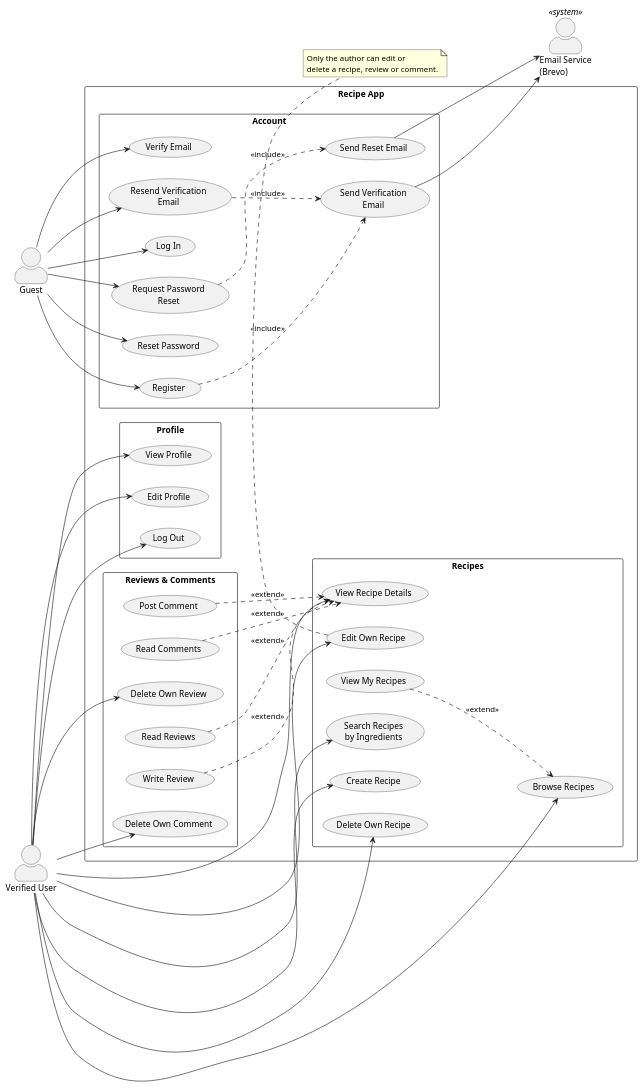
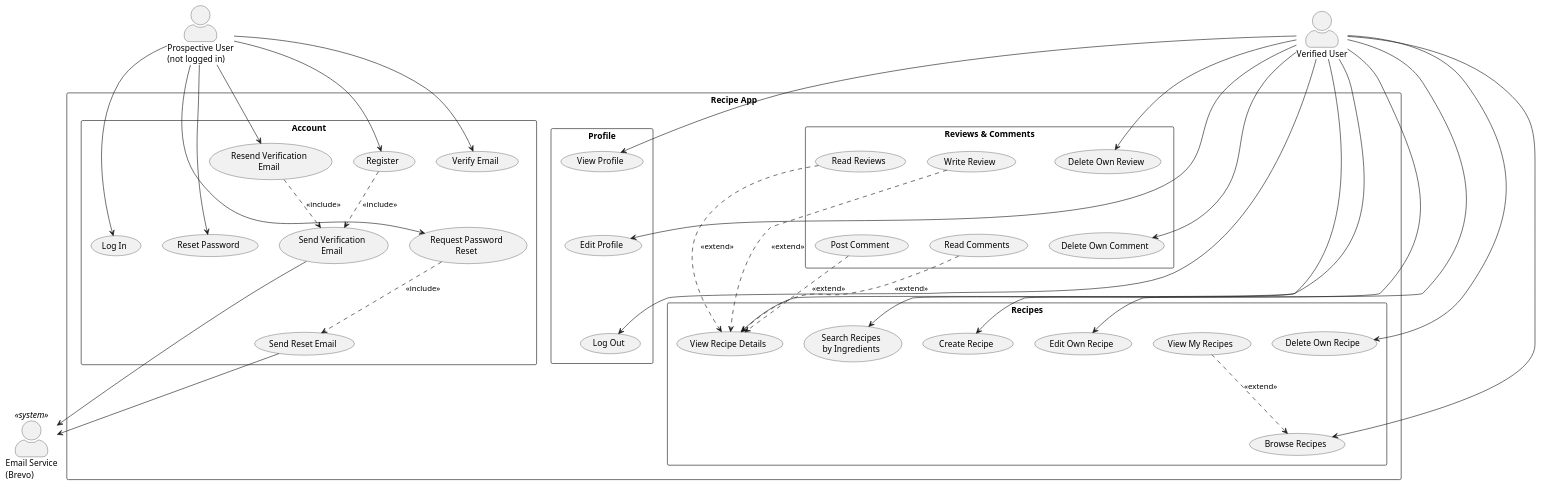
One commit to Social-Hangout/POOSD-large-project changed the diagram in docs/diagrams/use-case.puml. Above: the diagram before and after it, drawn with PlantUML. The commit also changed 2 other files, not shown here.

Commit message:
docs(diagrams): Add sequence and activity diagrams, widen use case diagram
- Add a two-page sequence diagram: sign up and verify email, then log in and search by ingredients
- Add an activity diagram for finding a recipe by ingredients and reviewing it, with the three sections side by side
- Rename the Guest actor to Prospective User (not logged in)
- Lay out the use case diagram horizontally and drop the author-only note so it fits a slide

```diff
--- a/docs/diagrams/use-case.puml
+++ b/docs/diagrams/use-case.puml
@@ -1,80 +1,85 @@
 @startuml use-case
-left to right direction
+top to bottom direction
 skinparam packageStyle rectangle
 skinparam actorStyle awesome
 
-actor Guest
+actor "Prospective User\n(not logged in)" as Guest
 actor "Verified User" as User
 actor "Email Service\n(Brevo)" as Mail <<system>>
 
 rectangle "Recipe App" {
   package Account {
     usecase "Register" as UC_Reg
     usecase "Verify Email" as UC_Ver
     usecase "Resend Verification\nEmail" as UC_Resend
     usecase "Log In" as UC_Login
     usecase "Request Password\nReset" as UC_Forgot
     usecase "Reset Password" as UC_Reset
     usecase "Send Verification\nEmail" as UC_SendVer
     usecase "Send Reset Email" as UC_SendReset
   }
   package Profile {
     usecase "View Profile" as UC_Me
     usecase "Edit Profile" as UC_EditMe
     usecase "Log Out" as UC_Logout
   }
   package Recipes {
     usecase "Search Recipes\nby Ingredients" as UC_Search
     usecase "Browse Recipes" as UC_Browse
     usecase "View My Recipes" as UC_Mine
     usecase "View Recipe Details" as UC_View
     usecase "Create Recipe" as UC_Create
     usecase "Edit Own Recipe" as UC_Edit
     usecase "Delete Own Recipe" as UC_Del
   }
   package "Reviews & Comments" {
     usecase "Read Reviews" as UC_ReadRev
     usecase "Write Review" as UC_WriteRev
     usecase "Delete Own Review" as UC_DelRev
     usecase "Read Comments" as UC_ReadCom
     usecase "Post Comment" as UC_PostCom
     usecase "Delete Own Comment" as UC_DelCom
   }
 }
 
 Guest --> UC_Reg
 Guest --> UC_Ver
 Guest --> UC_Resend
 Guest --> UC_Login
 Guest --> UC_Forgot
 Guest --> UC_Reset
 
 UC_Reg ..> UC_SendVer : <<include>>
 UC_Resend ..> UC_SendVer : <<include>>
 UC_Forgot ..> UC_SendReset : <<include>>
 UC_SendVer --> Mail
 UC_SendReset --> Mail
 
 User --> UC_Me
 User --> UC_EditMe
 User --> UC_Logout
 User --> UC_Search
 User --> UC_Browse
 User --> UC_View
 User --> UC_Create
 User --> UC_Edit
 User --> UC_Del
 User --> UC_DelRev
 User --> UC_DelCom
 
 UC_Mine ..> UC_Browse : <<extend>>
 UC_ReadRev ..> UC_View : <<extend>>
 UC_WriteRev ..> UC_View : <<extend>>
 UC_ReadCom ..> UC_View : <<extend>>
 UC_PostCom ..> UC_View : <<extend>>
 
-note bottom of UC_Edit
-  Only the author can edit or
-  delete a recipe, review or comment.
-end note
+' layout hints
+UC_Reg -[hidden]down-> UC_Login
+UC_Ver -[hidden]down-> UC_Forgot
+UC_Resend -[hidden]down-> UC_Reset
+UC_Me -[hidden]down-> UC_EditMe
+UC_EditMe -[hidden]down-> UC_Logout
+UC_ReadRev -[hidden]down-> UC_ReadCom
+UC_WriteRev -[hidden]down-> UC_PostCom
+UC_DelRev -[hidden]down-> UC_DelCom
 @enduml
```
